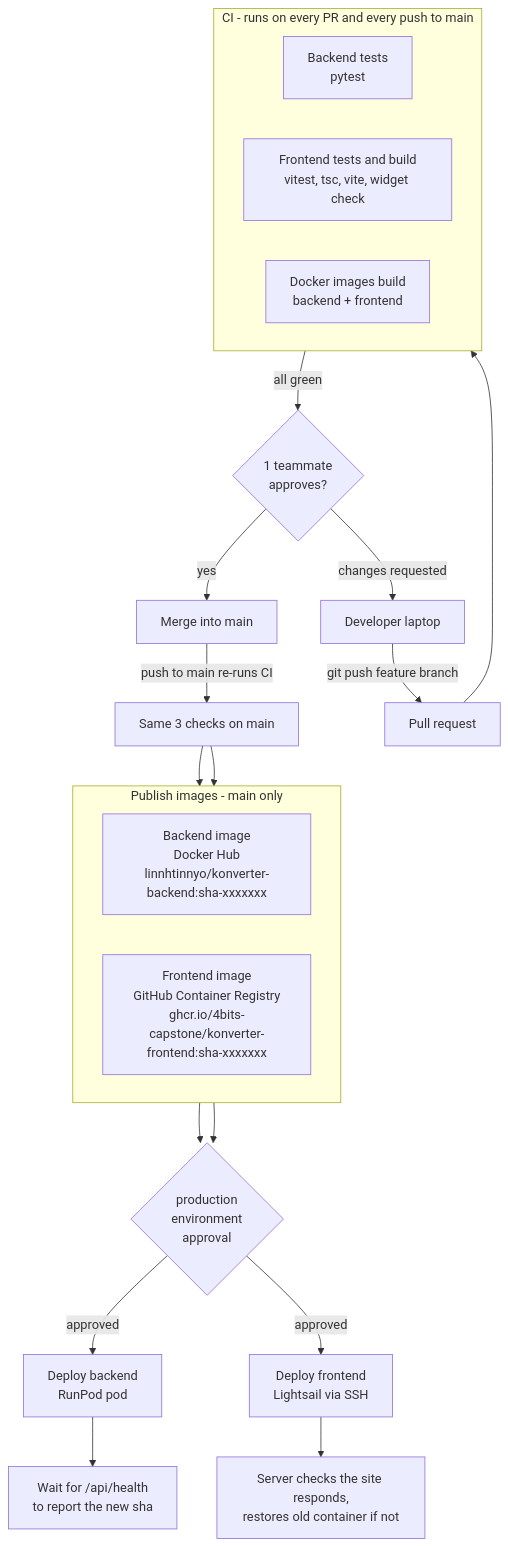
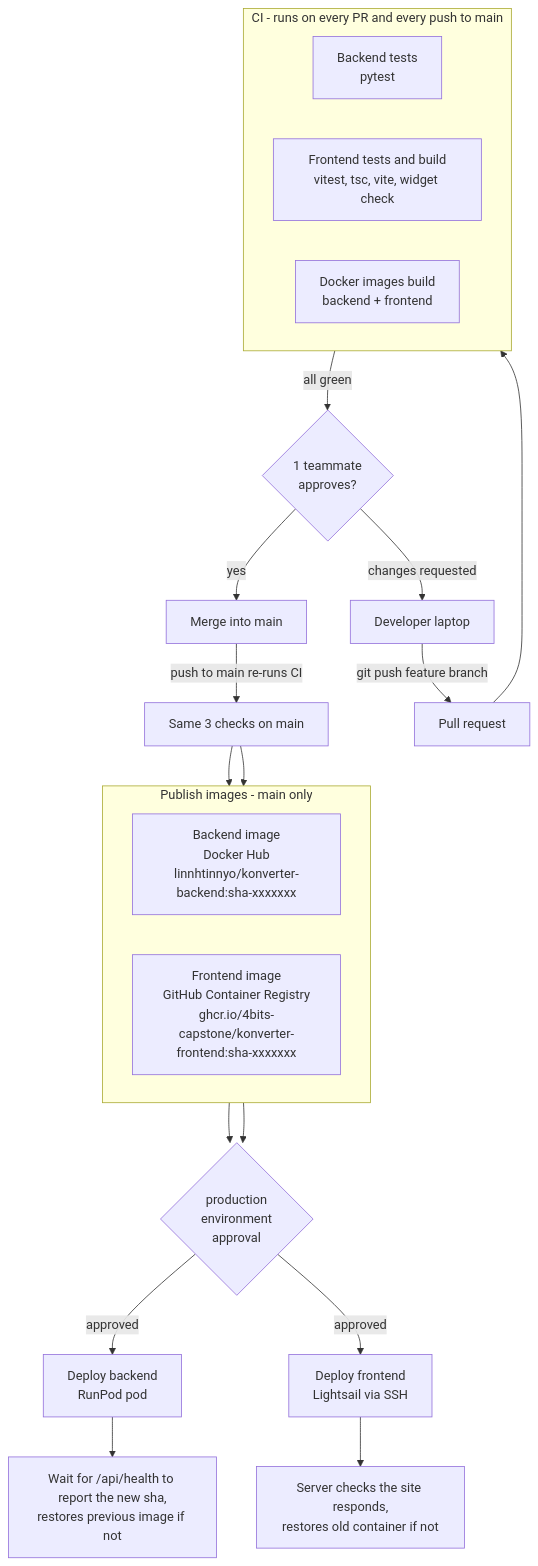
The first of 7 diagrams in docs/CI_CD.md (4bits-capstone/Konverter_full_pipeline), drawn with Mermaid before and after one commit. The commit also changed other lines of this file and 3 other files, not shown here.

````diff
--- a/docs/CI_CD.md
+++ b/docs/CI_CD.md
@@ -35,36 +35,36 @@
 ```mermaid
 flowchart TB
     dev["Developer laptop"] -->|"git push feature branch"| pr["Pull request"]
 
     subgraph CI["CI - runs on every PR and every push to main"]
         direction LR
         t1["Backend tests<br/>pytest"]
         t2["Frontend tests and build<br/>vitest, tsc, vite, widget check"]
         t3["Docker images build<br/>backend + frontend"]
     end
 
     pr --> CI
     CI -->|"all green"| review{"1 teammate<br/>approves?"}
     review -->|"yes"| merge["Merge into main"]
     review -->|"changes requested"| dev
 
     merge -->|"push to main re-runs CI"| CI2["Same 3 checks on main"]
 
     subgraph Publish["Publish images - main only"]
         direction LR
         pb["Backend image<br/>Docker Hub<br/>linnhtinnyo/konverter-backend:sha-xxxxxxx"]
         pf["Frontend image<br/>GitHub Container Registry<br/>ghcr.io/4bits-capstone/konverter-frontend:sha-xxxxxxx"]
     end
 
     CI2 --> pb
     CI2 --> pf
 
     pb --> gate{"production<br/>environment<br/>approval"}
     pf --> gate
 
     gate -->|"approved"| db["Deploy backend<br/>RunPod pod"]
     gate -->|"approved"| df["Deploy frontend<br/>Lightsail via SSH"]
 
-    db --> hb["Wait for /api/health<br/>to report the new sha"]
+    db --> hb["Wait for /api/health to report the new sha,<br/>restores previous image if not"]
     df --> hf["Server checks the site responds,<br/>restores old container if not"]
 ```
````
